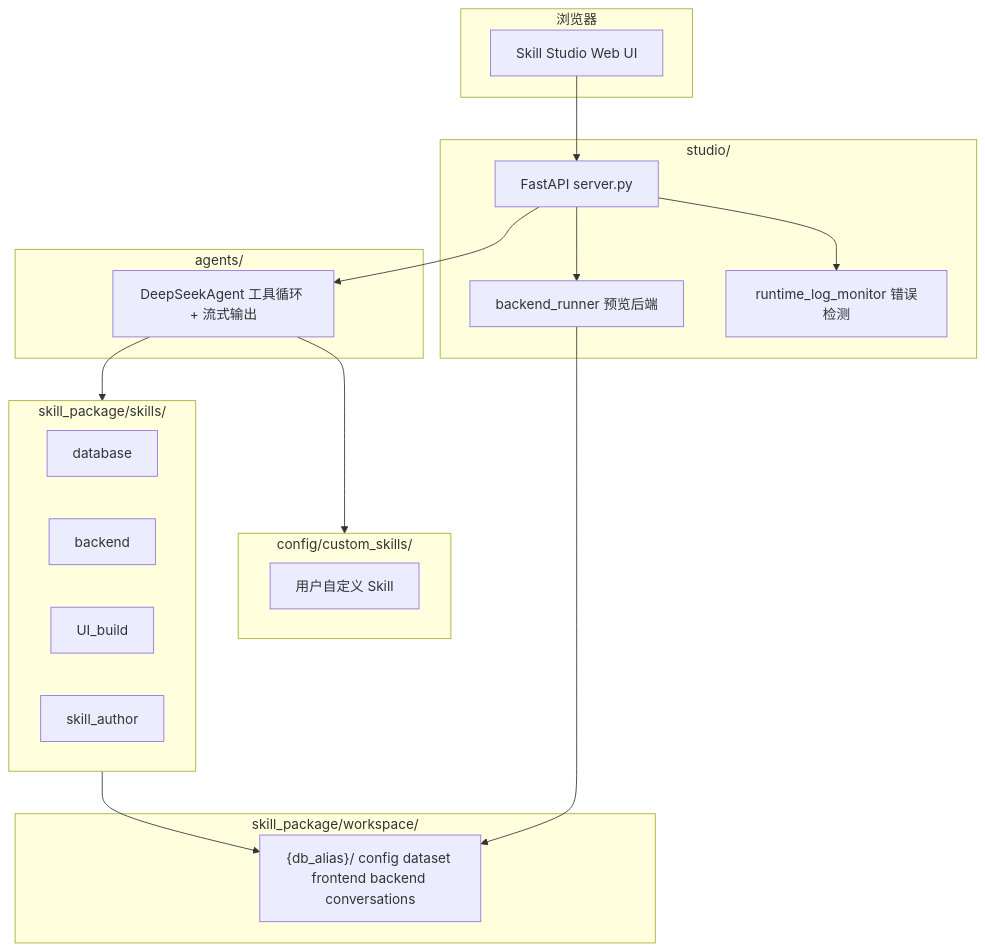
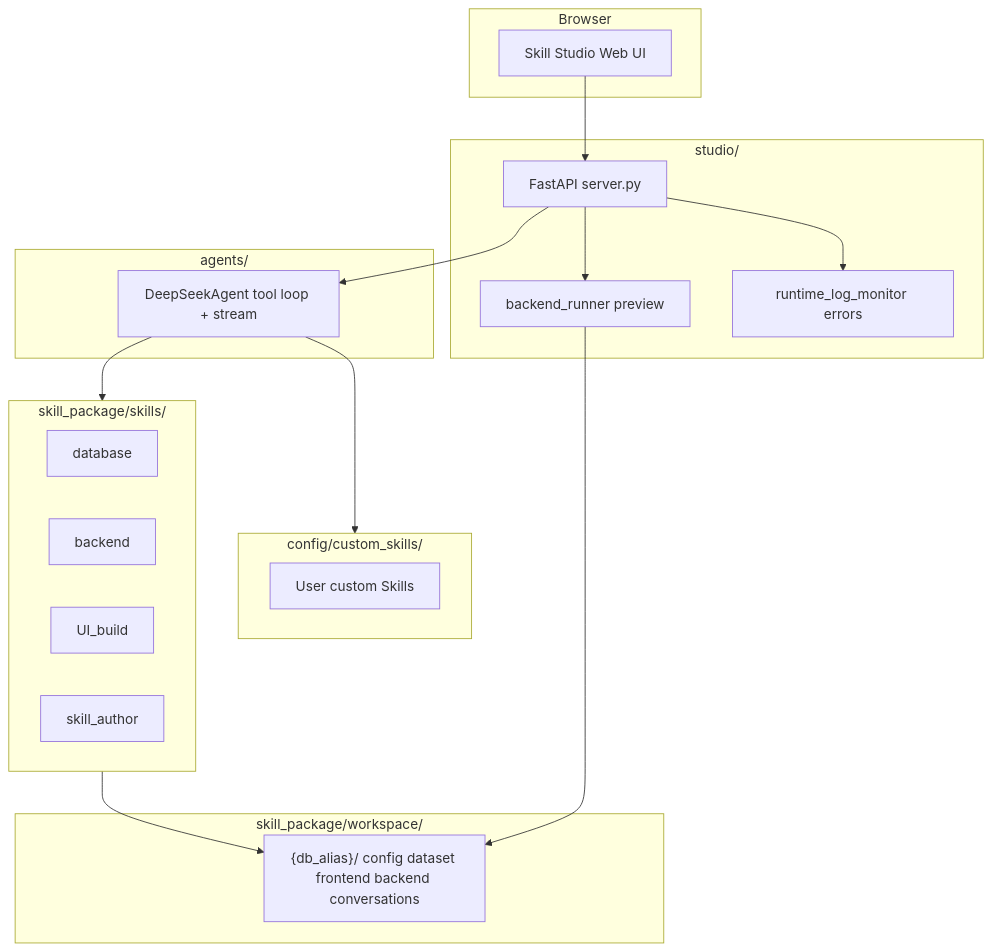
One commit to floaty996/OPENTACTICS changed the second of 2 diagrams in README.md. Above: the diagram before and after it, drawn with Mermaid. The commit also changed other lines of this file and 281 other files, not shown here.

````diff
--- a/README.md
+++ b/README.md
@@ -102,40 +102,40 @@
 ```mermaid
 flowchart TB
-  subgraph browser [浏览器]
+  subgraph browser [Browser]
     UI[Skill Studio Web UI]
   end
 
   subgraph studio [studio/]
     API[FastAPI server.py]
-    Runner[backend_runner 预览后端]
-    LogMon[runtime_log_monitor 错误检测]
+    Runner[backend_runner preview]
+    LogMon[runtime_log_monitor errors]
   end
 
   subgraph agents [agents/]
-    DS[DeepSeekAgent 工具循环 + 流式输出]
+    DS[DeepSeekAgent tool loop + stream]
   end
 
   subgraph skills [skill_package/skills/]
     DB[database]
     BE[backend]
     FE[UI_build]
     SA[skill_author]
   end
 
   subgraph custom [config/custom_skills/]
-    CS[用户自定义 Skill]
+    CS[User custom Skills]
   end
 
   subgraph ws [skill_package/workspace/]
     SaaS["{db_alias}/ config dataset frontend backend conversations"]
   end
 
   UI --> API
   API --> DS
   DS --> skills
   DS --> custom
   skills --> SaaS
   API --> Runner
   Runner --> SaaS
   API --> LogMon
 ```
````
